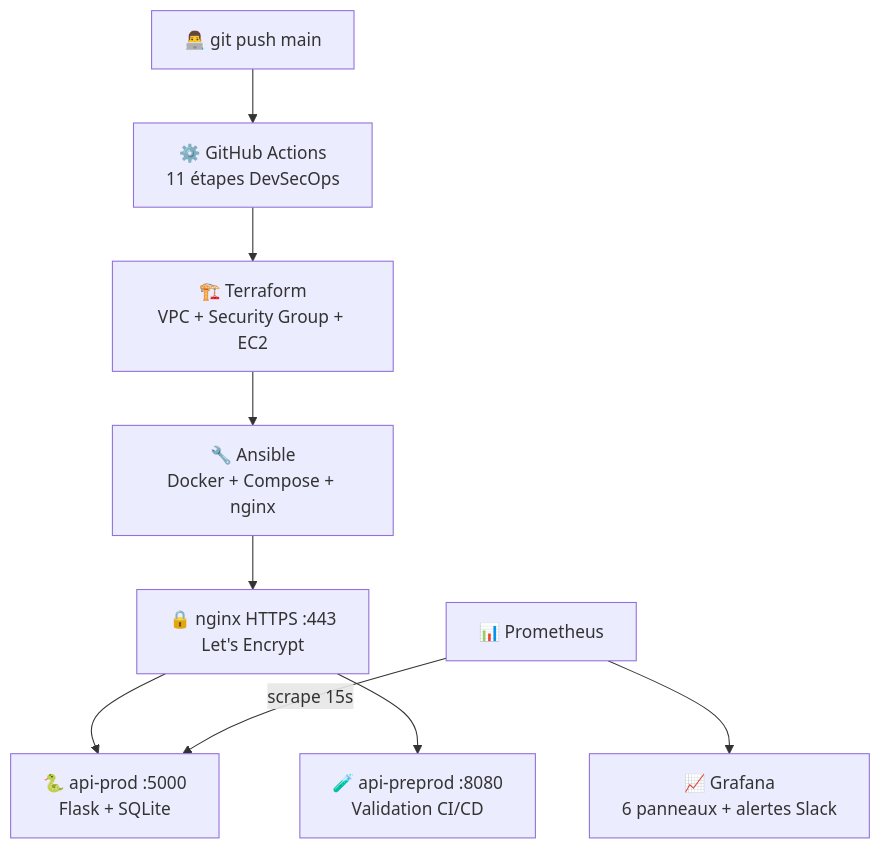
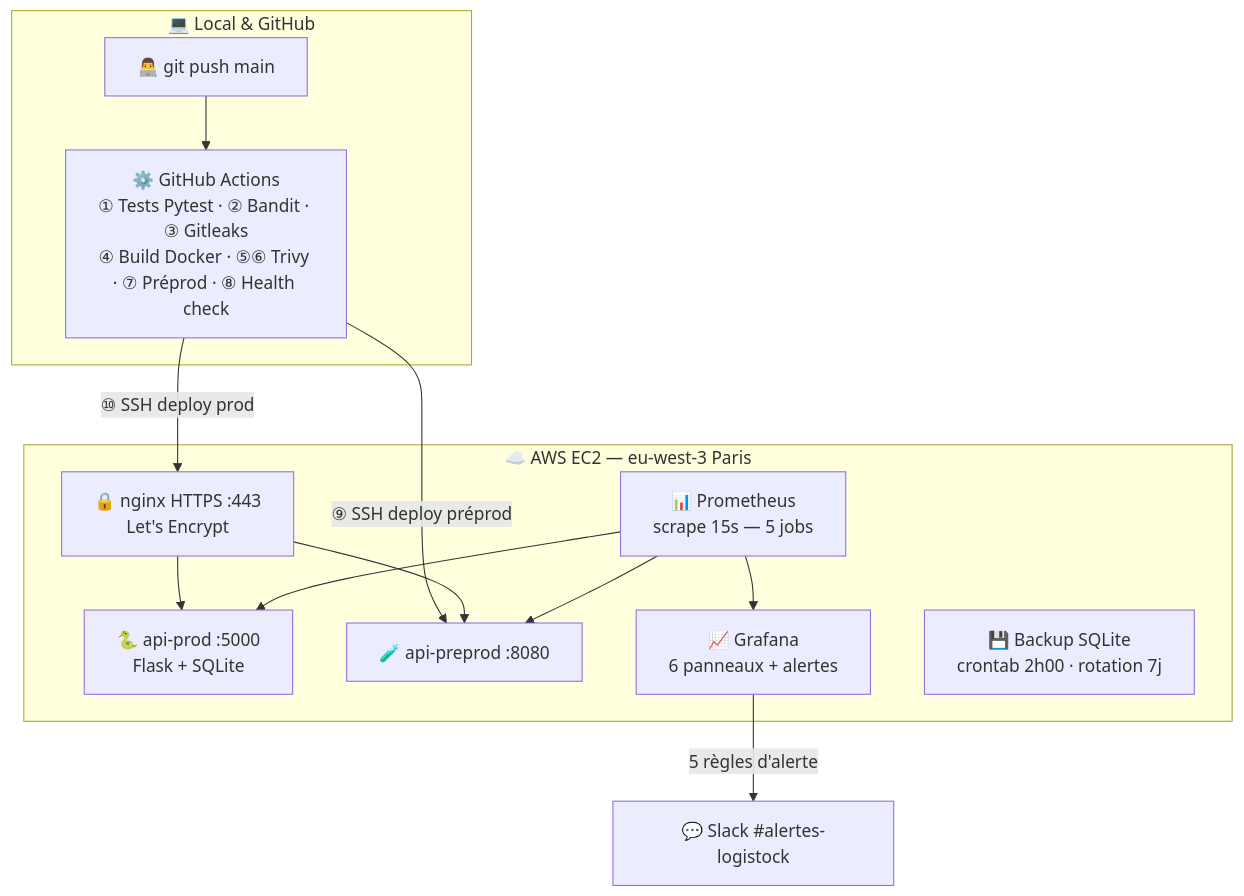
One commit to Bergson26/projet-logistock changed the diagram in README.md. Above: the diagram before and after it, drawn with Mermaid. The commit also changed other lines of this file, not shown here.

````diff
--- a/README.md
+++ b/README.md
@@ -10,11 +14,26 @@
 ```mermaid
-graph TD
-    A[👨‍💻 git push main] --> B[⚙️ GitHub Actions<br/>11 étapes DevSecOps]
-    B --> C[🏗️ Terraform<br/>VPC + Security Group + EC2]
-    C --> D[🔧 Ansible<br/>Docker + Compose + nginx]
-    D --> E[🔒 nginx HTTPS :443<br/>Let's Encrypt]
-    E --> F[🐍 api-prod :5000<br/>Flask + SQLite]
-    E --> G[🧪 api-preprod :8080<br/>Validation CI/CD]
-    H[📊 Prometheus] -->|scrape 15s| F
-    H --> I[📈 Grafana<br/>6 panneaux + alertes Slack]
+graph TB
+    subgraph LOCAL["💻 Local & GitHub"]
+        A[👨‍💻 git push main]
+        B["⚙️ GitHub Actions<br/>① Tests Pytest · ② Bandit · ③ Gitleaks<br/>④ Build Docker · ⑤⑥ Trivy · ⑦ Préprod · ⑧ Health check"]
+    end
+
+    subgraph AWS["☁️ AWS EC2 — eu-west-3 Paris"]
+        C[🔒 nginx HTTPS :443<br/>Let's Encrypt]
+        D[🐍 api-prod :5000<br/>Flask + SQLite]
+        E[🧪 api-preprod :8080]
+        F[📊 Prometheus<br/>scrape 15s — 5 jobs]
+        G[📈 Grafana<br/>6 panneaux + alertes]
+        H[💾 Backup SQLite<br/>crontab 2h00 · rotation 7j]
+    end
+
+    A --> B
+    B -->|"⑨ SSH deploy préprod"| E
+    B -->|"⑩ SSH deploy prod"| C
+    C --> D
+    C --> E
+    F --> D
+    F --> E
+    F --> G
+    G -->|5 règles d'alerte| I[💬 Slack #alertes-logistock]
 ```
````
